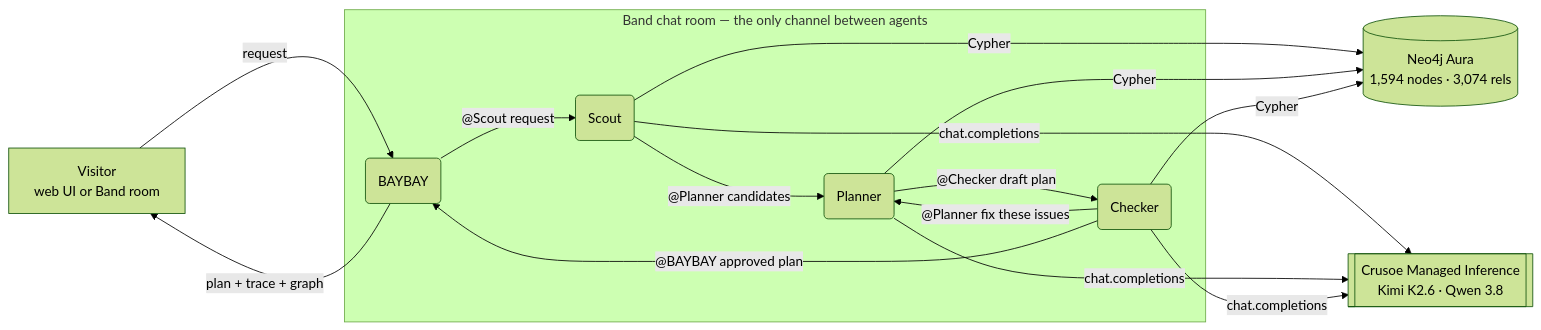
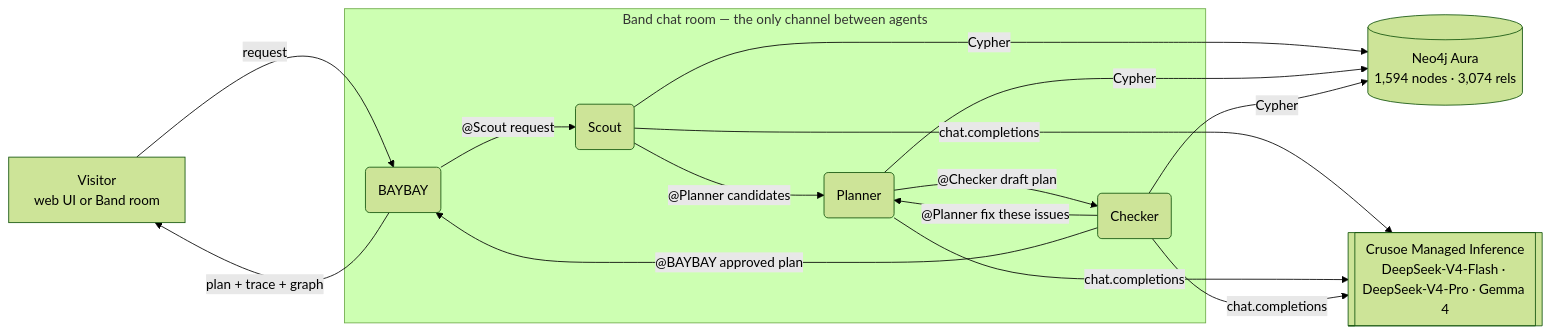
One commit to willyuan24-source/baybay-crew changed the diagram in README.md. Above: the diagram before and after it, drawn with Mermaid (forest theme). The commit also changed other lines of this file and 7 other files, not shown here.

````diff
--- a/README.md
+++ b/README.md
@@ -28,14 +36,14 @@
 ```mermaid
 flowchart LR
   U[Visitor<br/>web UI or Band room] -->|request| B(BAYBAY)
   subgraph BAND[Band chat room — the only channel between agents]
     B -->|"@Scout request"| S(Scout)
     S -->|"@Planner candidates"| P(Planner)
     P -->|"@Checker draft plan"| C(Checker)
     C -->|"@Planner fix these issues"| P
     C -->|"@BAYBAY approved plan"| B
   end
   S & P & C -->|Cypher| N[(Neo4j Aura<br/>1,594 nodes · 3,074 rels)]
-  S & P & C -->|chat.completions| X[[Crusoe Managed Inference<br/>Kimi K2.6 · Qwen 3.8]]
+  S & P & C -->|chat.completions| X[[Crusoe Managed Inference<br/>DeepSeek-V4-Flash · DeepSeek-V4-Pro · Gemma 4]]
   B -->|plan + trace + graph| U
 ```
````
